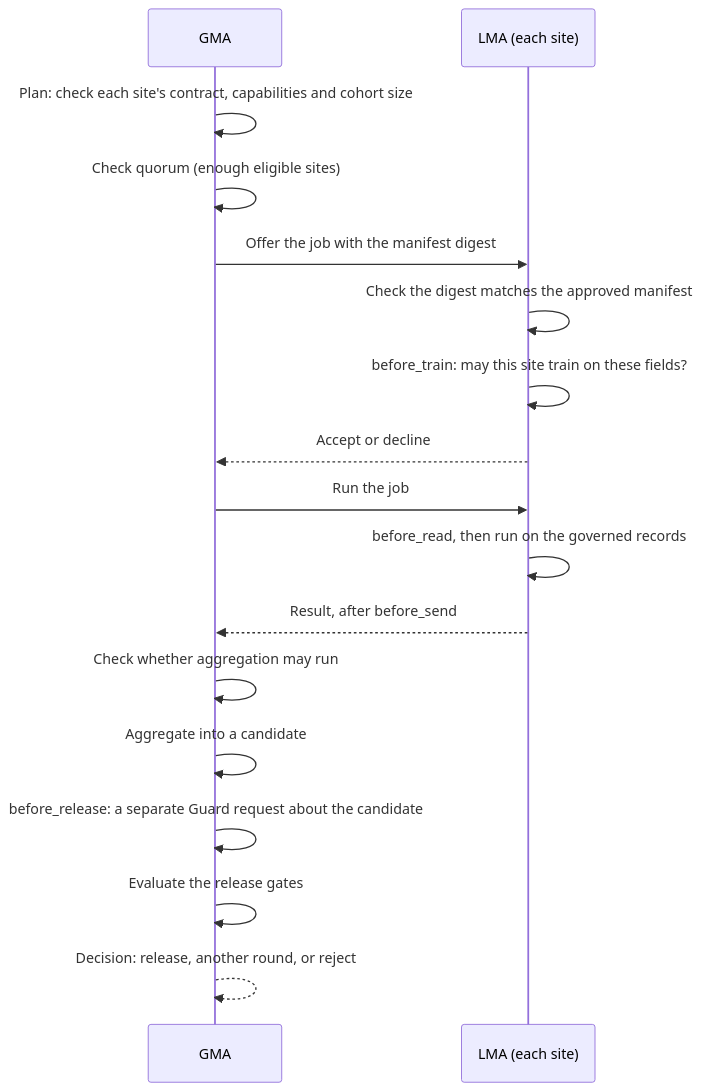
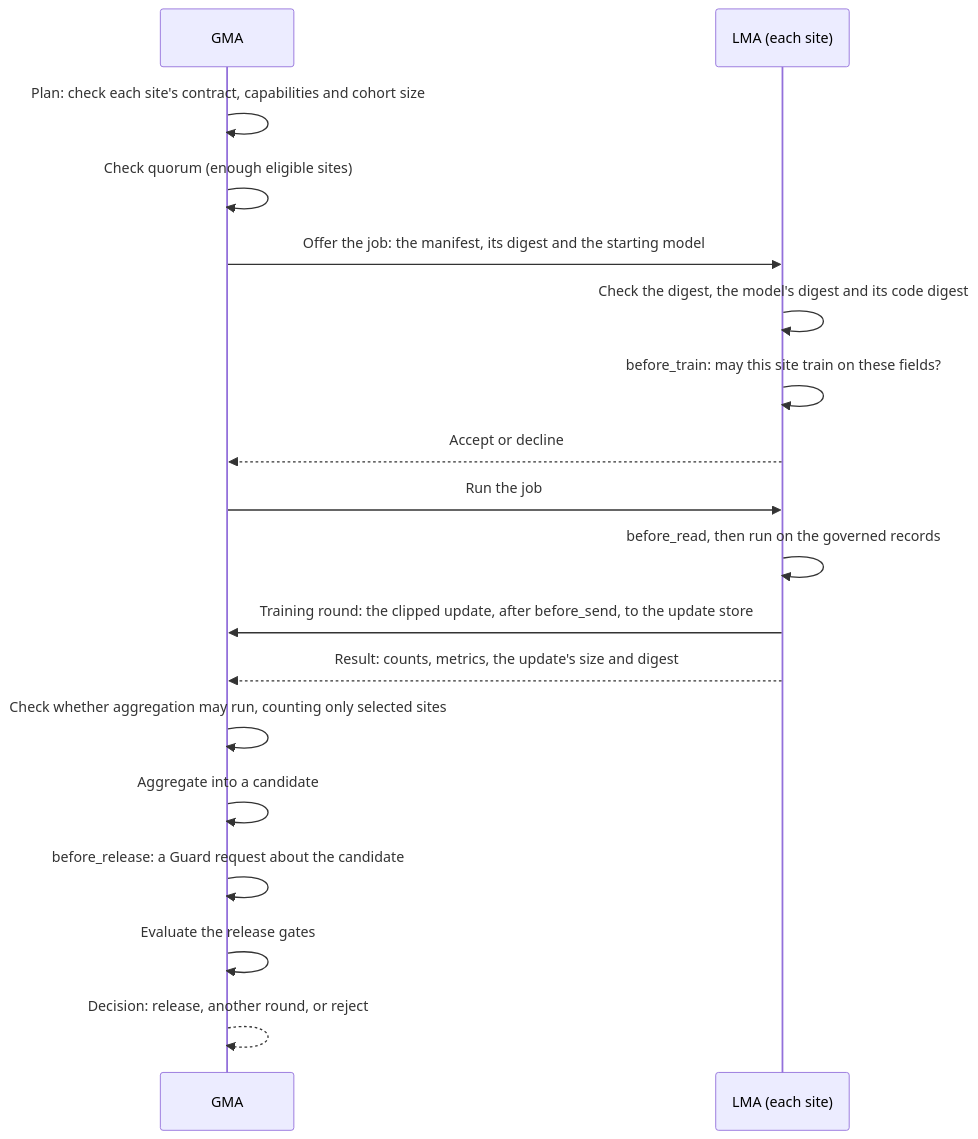
The fourth of 5 diagrams in docs/learn/03-architecture.md (pradyunuydarp/Dagents), drawn with Mermaid before and after one commit. The commit also changed other lines of this file and 129 other files, not shown here.

````diff
--- a/docs/learn/03-architecture.md
+++ b/docs/learn/03-architecture.md
@@ -111,19 +123,20 @@
 ```mermaid
 sequenceDiagram
     participant G as GMA
     participant L as LMA (each site)
     G->>G: Plan: check each site's contract, capabilities and cohort size
     G->>G: Check quorum (enough eligible sites)
-    G->>L: Offer the job with the manifest digest
-    L->>L: Check the digest matches the approved manifest
+    G->>L: Offer the job: the manifest, its digest and the starting model
+    L->>L: Check the digest, the model's digest and its code digest
     L->>L: before_train: may this site train on these fields?
     L-->>G: Accept or decline
     G->>L: Run the job
     L->>L: before_read, then run on the governed records
-    L-->>G: Result, after before_send
-    G->>G: Check whether aggregation may run
+    L->>G: Training round: the clipped update, after before_send, to the update store
+    L-->>G: Result: counts, metrics, the update's size and digest
+    G->>G: Check whether aggregation may run, counting only selected sites
     G->>G: Aggregate into a candidate
-    G->>G: before_release: a separate Guard request about the candidate
+    G->>G: before_release: a Guard request about the candidate
     G->>G: Evaluate the release gates
     G-->>G: Decision: release, another round, or reject
 ```
````
